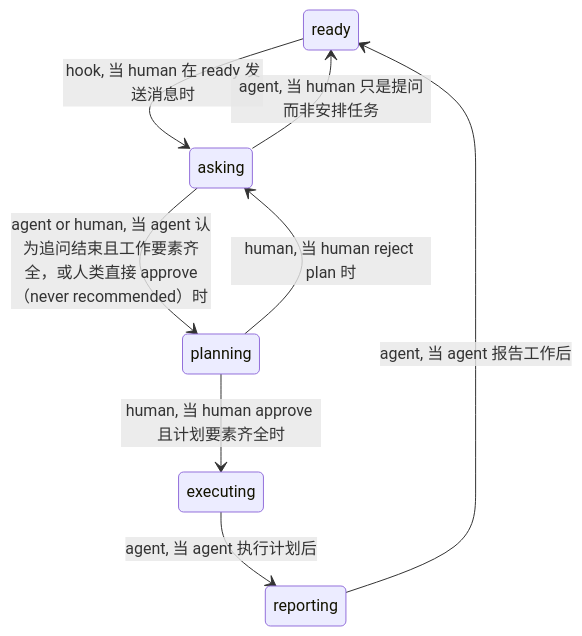
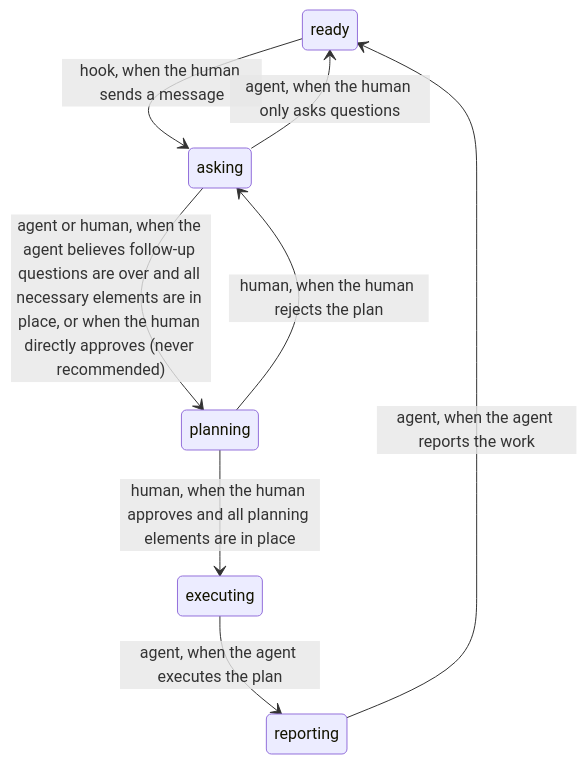
The diagram in README.md (IcySycamore/ocf-gate), drawn with Mermaid before and after one commit. The commit also changed other lines of this file, not shown here.

Commit message:
Update README with English translations and clarifications

````diff
--- a/README.md
+++ b/README.md
@@ -91,10 +91,11 @@
 ```mermaid
 stateDiagram-v2
-    ready --> asking: hook, 当 human 在 ready 发送消息时
-    asking --> planning: agent or human, 当 agent 认为追问结束且工作要素齐全，或人类直接 approve（never recommended）时
-    planning --> executing: human, 当 human approve 且计划要素齐全时
-    executing --> reporting: agent, 当 agent 执行计划后
-    reporting --> ready: agent, 当 agent 报告工作后
-    planning --> asking: human, 当 human reject plan 时
-    asking --> ready: agent, 当 human 只是提问而非安排任务
+ready --> asking: hook, when the human sends a message
+asking --> ready: agent, when the human only asks questions
+asking --> planning: agent or human, when the agent believes follow-up questions are over and all necessary elements are in place, or when the human directly approves (never recommended)
+planning --> executing: human, when the human approves and all planning elements are in place
+executing --> reporting: agent, when the agent executes the plan
+reporting --> ready: agent, when the agent reports the work
+planning --> asking: human, when the human rejects the plan
+
 ```
````
